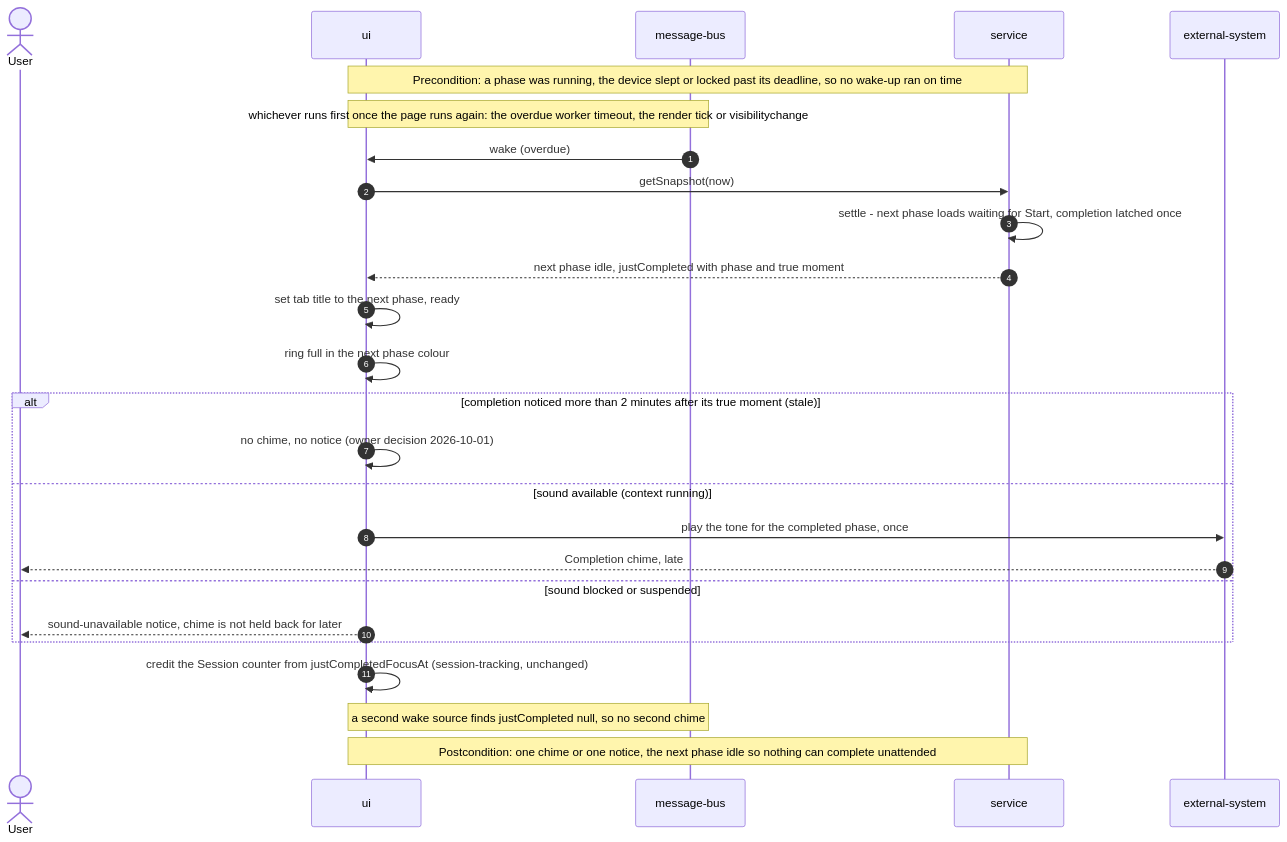
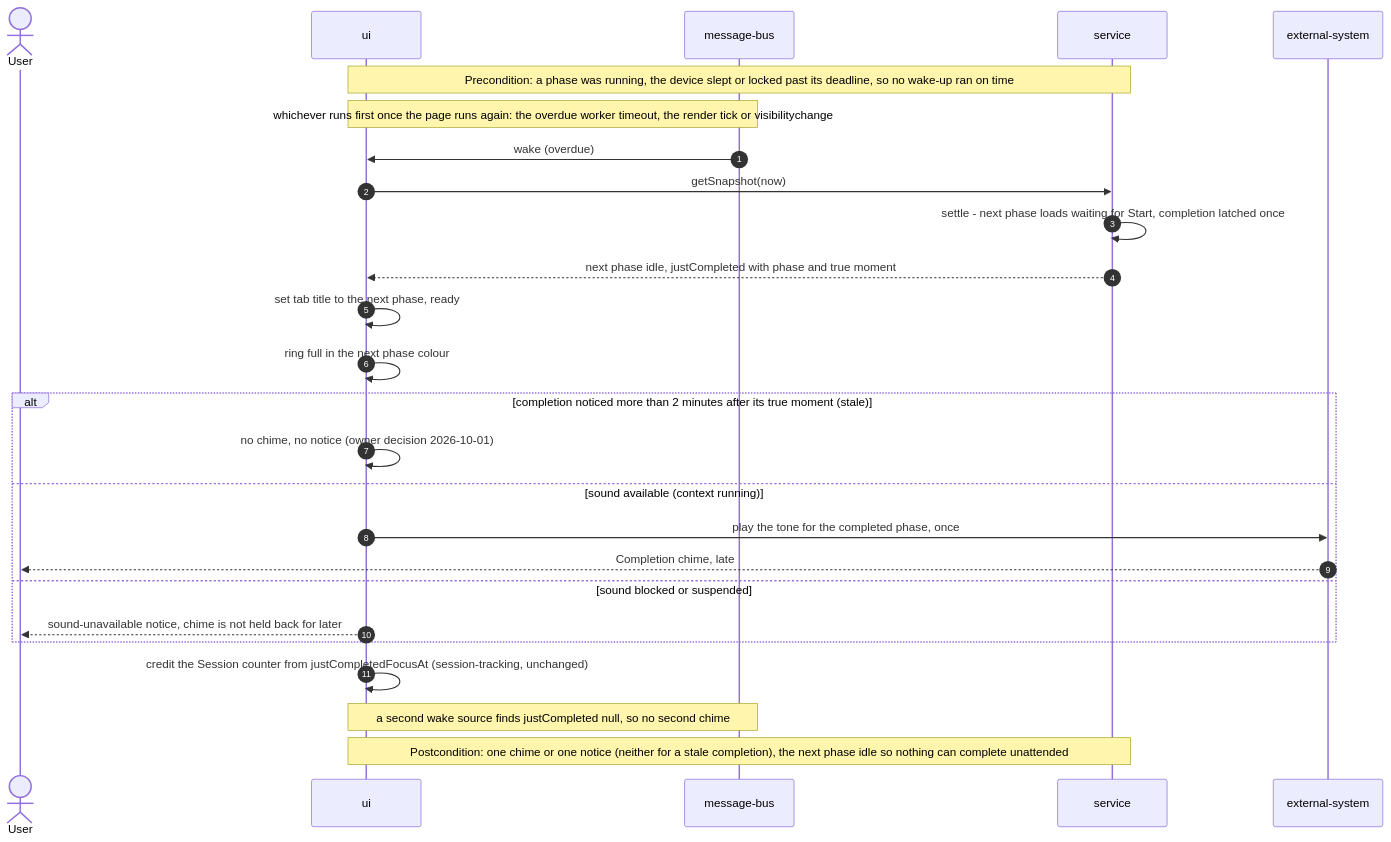
Before and after one commit to skush/pomodoro: the fifth of 7 diagrams in docs/features/sensory-feedback/sad.md, drawn with Mermaid. The commit also changed other lines of this file and 14 other files, not shown here.

First line of the commit message:
fix(break-flow): review round 5 — stale-completion wording, e2e coverage, T10 records

````diff
--- a/docs/features/sensory-feedback/sad.md
+++ b/docs/features/sensory-feedback/sad.md
@@ -372,29 +373,29 @@
 ```mermaid
 sequenceDiagram
     autonumber
     actor User
     participant UI as ui
     participant Worker as message-bus
     participant Engine as service
     participant Audio as external-system
 
     Note over UI,Engine: Precondition: a phase was running, the device slept or locked past its deadline, so no wake-up ran on time
     Note over UI,Worker: whichever runs first once the page runs again: the overdue worker timeout, the render tick or visibilitychange
     Worker->>UI: wake (overdue)
     UI->>Engine: getSnapshot(now)
     Engine->>Engine: settle - next phase loads waiting for Start, completion latched once
     Engine-->>UI: next phase idle, justCompleted with phase and true moment
     UI->>UI: set tab title to the next phase, ready
     UI->>UI: ring full in the next phase colour
     alt completion noticed more than 2 minutes after its true moment (stale)
         UI->>UI: no chime, no notice (owner decision 2026-10-01)
     else sound available (context running)
         UI->>Audio: play the tone for the completed phase, once
         Audio-->>User: Completion chime, late
     else sound blocked or suspended
         UI-->>User: sound-unavailable notice, chime is not held back for later
     end
     UI->>UI: credit the Session counter from justCompletedFocusAt (session-tracking, unchanged)
     Note over UI,Worker: a second wake source finds justCompleted null, so no second chime
-    Note over UI,Engine: Postcondition: one chime or one notice, the next phase idle so nothing can complete unattended
+    Note over UI,Engine: Postcondition: one chime or one notice (neither for a stale completion), the next phase idle so nothing can complete unattended
 ```
````
